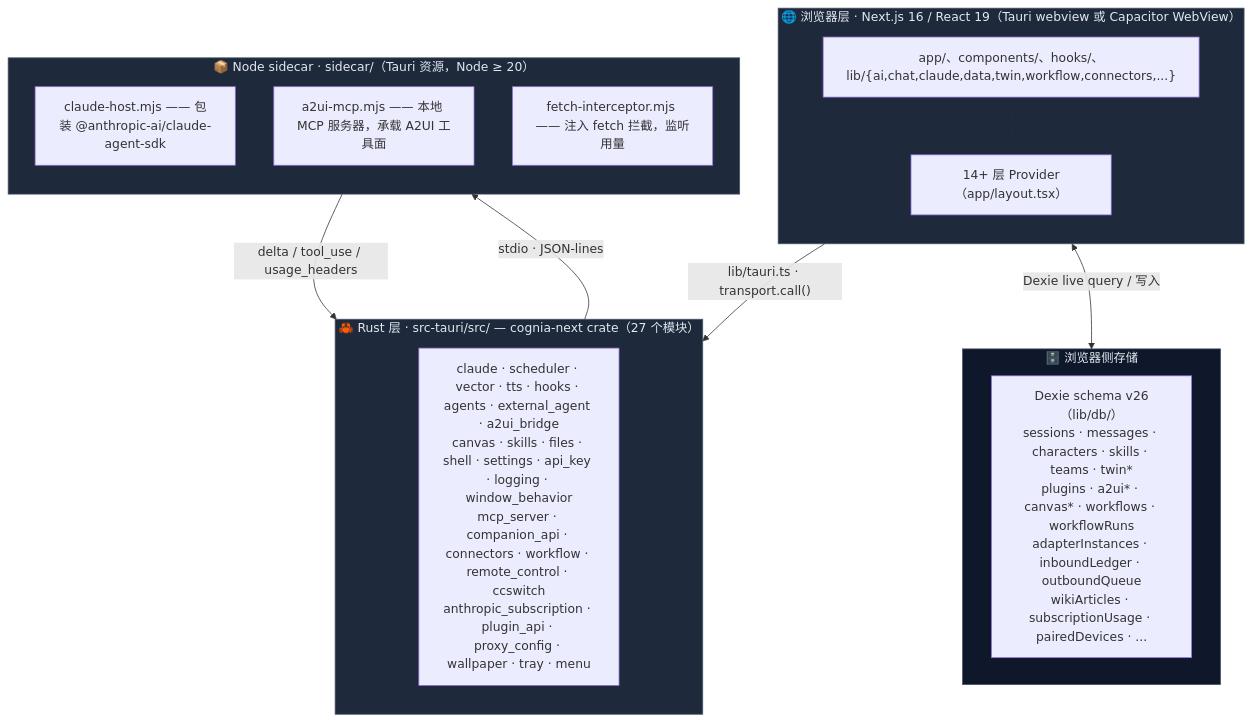
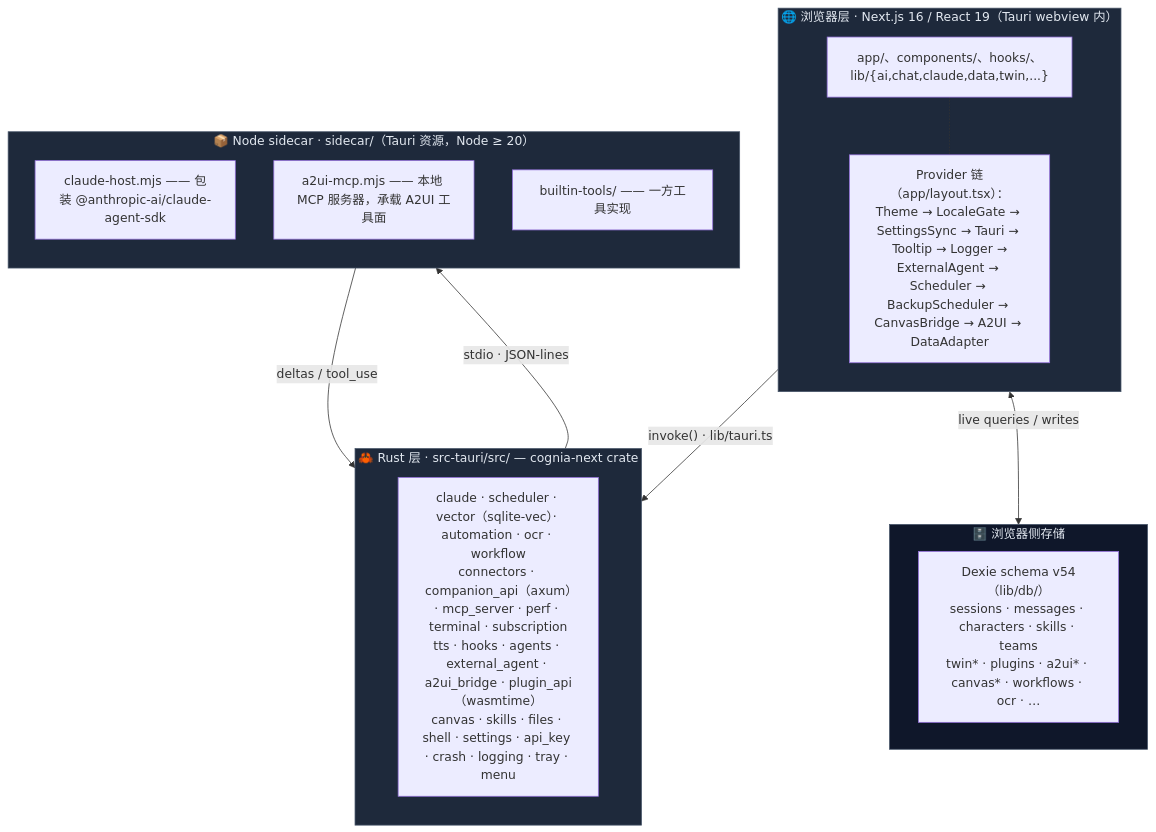
Before and after one commit to MaxQian888/cognia-next: the diagram in docs/content/docs/zh/core/architecture.mdx, drawn with Mermaid. The commit also changed other lines of this file and 359 other files, not shown here.

First line of the commit message:
feat: agent-trace observability, plugin CLI bridge, connector quick commands & skill bundles

````diff
--- a/docs/content/docs/zh/core/architecture.mdx
+++ b/docs/content/docs/zh/core/architecture.mdx
@@ -23,35 +10,35 @@
 ```mermaid
 flowchart TB
-  subgraph Browser["🌐 浏览器层 · Next.js 16 / React 19（Tauri webview 或 Capacitor WebView）"]
+  subgraph Browser["🌐 浏览器层 · Next.js 16 / React 19（Tauri webview 内）"]
     direction TB
-    Routes["app/、components/、hooks/、lib/{ai,chat,claude,data,twin,workflow,connectors,...}"]
-    Providers["14+ 层 Provider（app/layout.tsx）"]
+    Routes["app/、components/、hooks/、lib/{ai,chat,claude,data,twin,...}"]
+    Providers["Provider 链（app/layout.tsx）：<br/>Theme → LocaleGate → SettingsSync → Tauri → Tooltip → Logger →<br/>ExternalAgent → Scheduler → BackupScheduler → CanvasBridge → A2UI → DataAdapter"]
     Routes -.- Providers
   end
 
   subgraph Storage["🗄️ 浏览器侧存储"]
-    Dexie["Dexie schema v26（lib/db/）<br/>sessions · messages · characters · skills · teams · twin*<br/>plugins · a2ui* · canvas* · workflows · workflowRuns<br/>adapterInstances · inboundLedger · outboundQueue<br/>wikiArticles · subscriptionUsage · pairedDevices · ..."]
+    Dexie["Dexie schema v54（lib/db/）<br/>sessions · messages · characters · skills · teams<br/>twin* · plugins · a2ui* · canvas* · workflows · ocr · …"]
   end
 
-  subgraph Rust["🦀 Rust 层 · src-tauri/src/ — cognia-next crate（27 个模块）"]
+  subgraph Rust["🦀 Rust 层 · src-tauri/src/ — cognia-next crate"]
     direction TB
-    RustMods["claude · scheduler · vector · tts · hooks · agents · external_agent · a2ui_bridge<br/>canvas · skills · files · shell · settings · api_key · logging · window_behavior<br/>mcp_server · companion_api · connectors · workflow · remote_control · ccswitch<br/>anthropic_subscription · plugin_api · proxy_config · wallpaper · tray · menu"]
+    RustMods["claude · scheduler · vector（sqlite-vec）· automation · ocr · workflow<br/>connectors · companion_api（axum）· mcp_server · perf · terminal · subscription<br/>tts · hooks · agents · external_agent · a2ui_bridge · plugin_api（wasmtime）<br/>canvas · skills · files · shell · settings · api_key · crash · logging · tray · menu"]
   end
 
   subgraph Sidecar["📦 Node sidecar · sidecar/（Tauri 资源，Node ≥ 20）"]
     direction TB
     Host["claude-host.mjs —— 包装 @anthropic-ai/claude-agent-sdk"]
     A2UI["a2ui-mcp.mjs —— 本地 MCP 服务器，承载 A2UI 工具面"]
-    Fi["fetch-interceptor.mjs —— 注入 fetch 拦截，监听用量"]
+    Tools["builtin-tools/ —— 一方工具实现"]
   end
 
-  Browser -- "lib/tauri.ts · transport.call()" --> Rust
-  Browser <-- "Dexie live query / 写入" --> Storage
+  Browser -- "invoke() · lib/tauri.ts" --> Rust
+  Browser <-- "live queries / writes" --> Storage
   Rust -- "stdio · JSON-lines" --> Sidecar
-  Sidecar -- "delta / tool_use / usage_headers" --> Rust
+  Sidecar -- "deltas / tool_use" --> Rust
 
   classDef layer fill:#1e293b,stroke:#475569,color:#e2e8f0
   classDef storage fill:#0f172a,stroke:#475569,color:#e2e8f0
   class Browser,Rust,Sidecar layer
   class Storage storage
 ```
````
